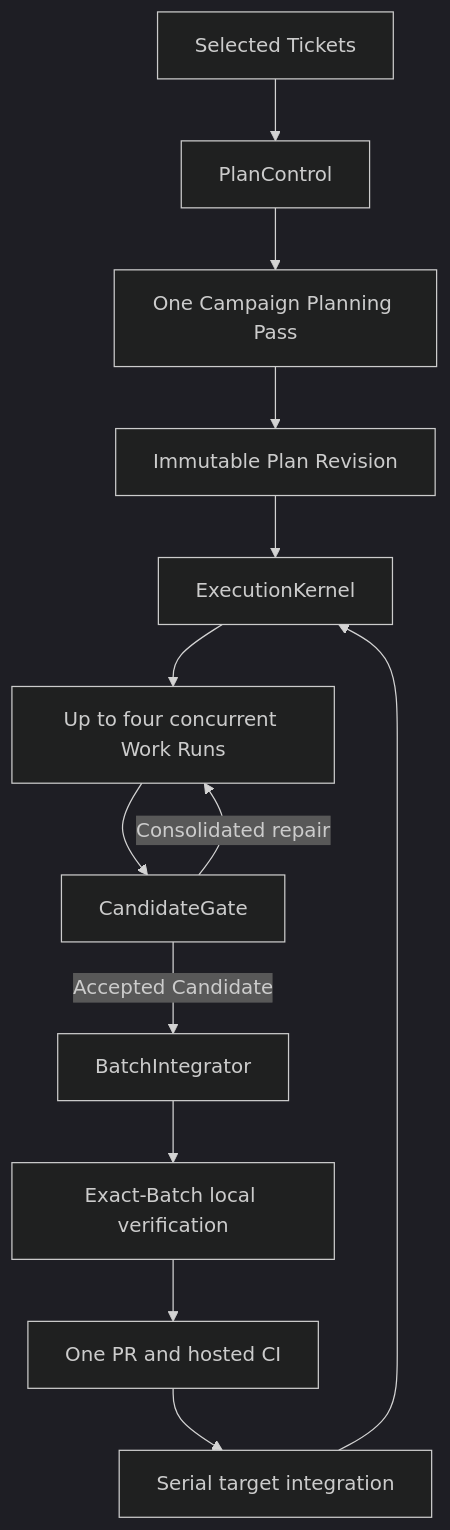
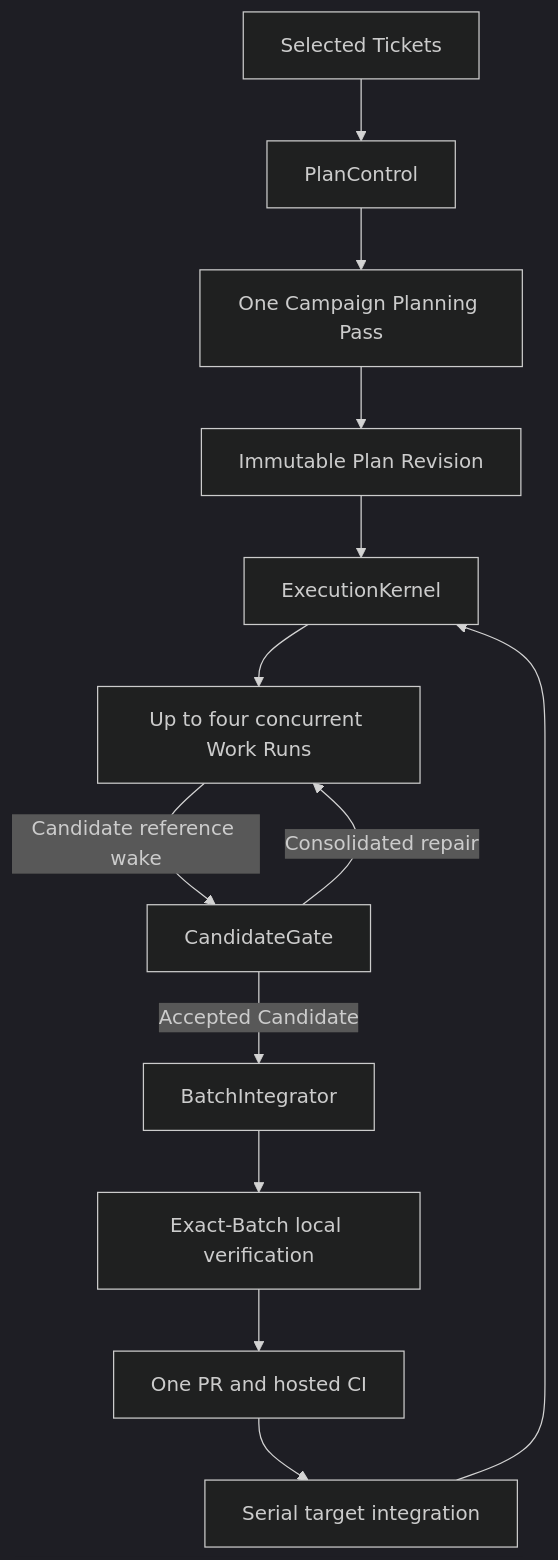
Before and after one commit to NOirBRight/github-work-orchestrator: the diagram in docs/design/gwo-v8-lean-architecture.md, drawn with Mermaid (dark theme). The commit also changed other lines of this file and 10 other files, not shown here.

````diff
--- a/docs/design/gwo-v8-lean-architecture.md
+++ b/docs/design/gwo-v8-lean-architecture.md
@@ -92,15 +92,15 @@
 ```mermaid
 flowchart TD
     T["Selected Tickets"] --> PC["PlanControl"]
     PC --> CP["One Campaign Planning Pass"]
     CP --> PR["Immutable Plan Revision"]
     PR --> EK["ExecutionKernel"]
     EK --> W["Up to four concurrent Work Runs"]
-    W --> CG["CandidateGate"]
+    W -->|Candidate reference wake| CG["CandidateGate"]
     CG -->|Consolidated repair| W
     CG -->|Accepted Candidate| BI["BatchIntegrator"]
     BI --> LC["Exact-Batch local verification"]
     LC --> GH["One PR and hosted CI"]
     GH --> IN["Serial target integration"]
     IN --> EK
 ```
````
